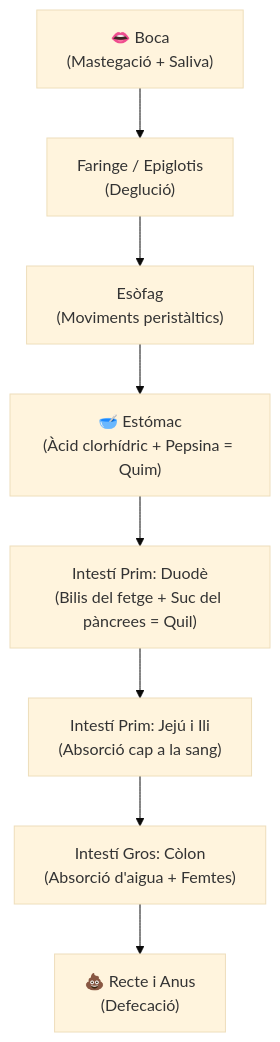
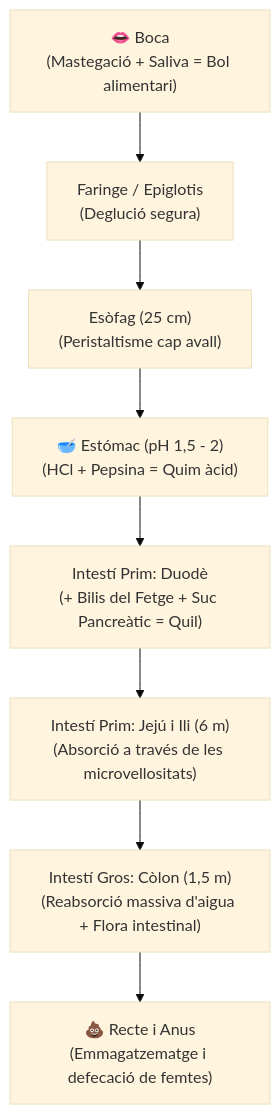
Before and after one commit to socderafel/socderafel.github.io: the diagram in biblioteca-cicles/01_FP_Basica/1fpb-ciencies-aplicades/ut02/ut0204.md, drawn with Mermaid (base theme). The commit also changed other lines of this file and 8 other files, not shown here.

````diff
--- a/biblioteca-cicles/01_FP_Basica/1fpb-ciencies-aplicades/ut02/ut0204.md
+++ b/biblioteca-cicles/01_FP_Basica/1fpb-ciencies-aplicades/ut02/ut0204.md
@@ -50,18 +50,18 @@
 ```mermaid
 flowchart TD
   B["👄 Boca
-(Mastegació + Saliva)"] --> F["Faringe / Epiglotis
-(Deglució)"]
-  F --> E["Esòfag
-(Moviments peristàltics)"]
-  E --> ST["🥣 Estómac
-(Àcid clorhídric + Pepsina = Quim)"]
+(Mastegació + Saliva = Bol alimentari)"] --> FA["Faringe / Epiglotis
+(Deglució segura)"]
+  FA --> ES["Esòfag (25 cm)
+(Peristaltisme cap avall)"]
+  ES --> ST["🥣 Estómac (pH 1,5 - 2)
+(HCl + Pepsina = Quim àcid)"]
   ST --> DU["Intestí Prim: Duodè
-(Bilis del fetge + Suc del pàncrees = Quil)"]
-  DU --> JE["Intestí Prim: Jejú i Ili
-(Absorció cap a la sang)"]
-  JE --> CO["Intestí Gros: Còlon
-(Absorció d'aigua + Femtes)"]
+(+ Bilis del Fetge + Suc Pancreàtic = Quil)"]
+  DU --> JE["Intestí Prim: Jejú i Ili (6 m)
+(Absorció a través de les microvellositats)"]
+  JE --> CO["Intestí Gros: Còlon (1,5 m)
+(Reabsorció massiva d'aigua + Flora intestinal)"]
   CO --> AN["💩 Recte i Anus
-(Defecació)"]
+(Emmagatzematge i defecació de femtes)"]
 ```
````
